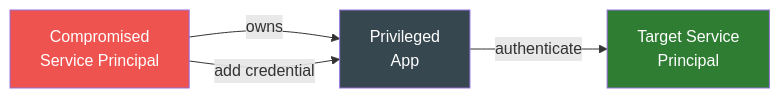
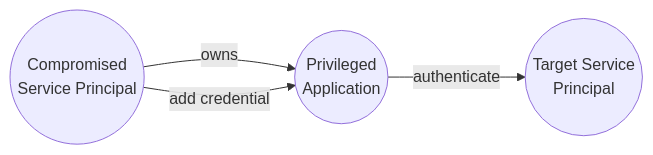
The fourth of 6 diagrams in docs/attack-paths/app-ownership-abuse.md (mvelazc0/BadZure), drawn with Mermaid before and after one commit. The commit also changed other lines of this file and 5 other files, not shown here.

Commit message:
improving documentation graphs

````diff
--- a/docs/attack-paths/app-ownership-abuse.md
+++ b/docs/attack-paths/app-ownership-abuse.md
@@ -61,10 +56,6 @@
     ``` mermaid
     graph LR
-        SP1["Compromised<br/>Service Principal"] -->|"owns"| APP["Privileged<br/>App"]
+        SP1(("Compromised<br/>Service Principal")) -->|"owns"| APP(("Privileged<br/>Application"))
         SP1 -->|"add credential"| APP
-        APP -->|"authenticate"| SP2["Target Service<br/>Principal"]
-
-        style SP1 fill:#ef5350,color:#fff
-        style APP fill:#37474f,color:#fff
-        style SP2 fill:#2e7d32,color:#fff
+        APP -->|"authenticate"| SP2(("Target Service<br/>Principal"))
     ```
````
